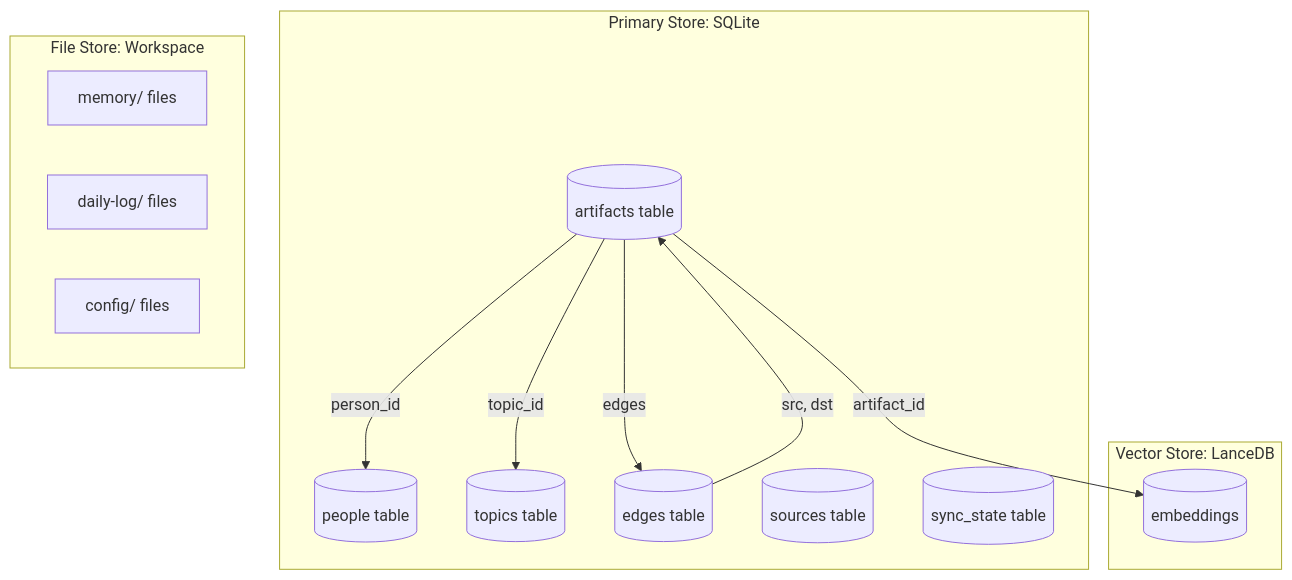
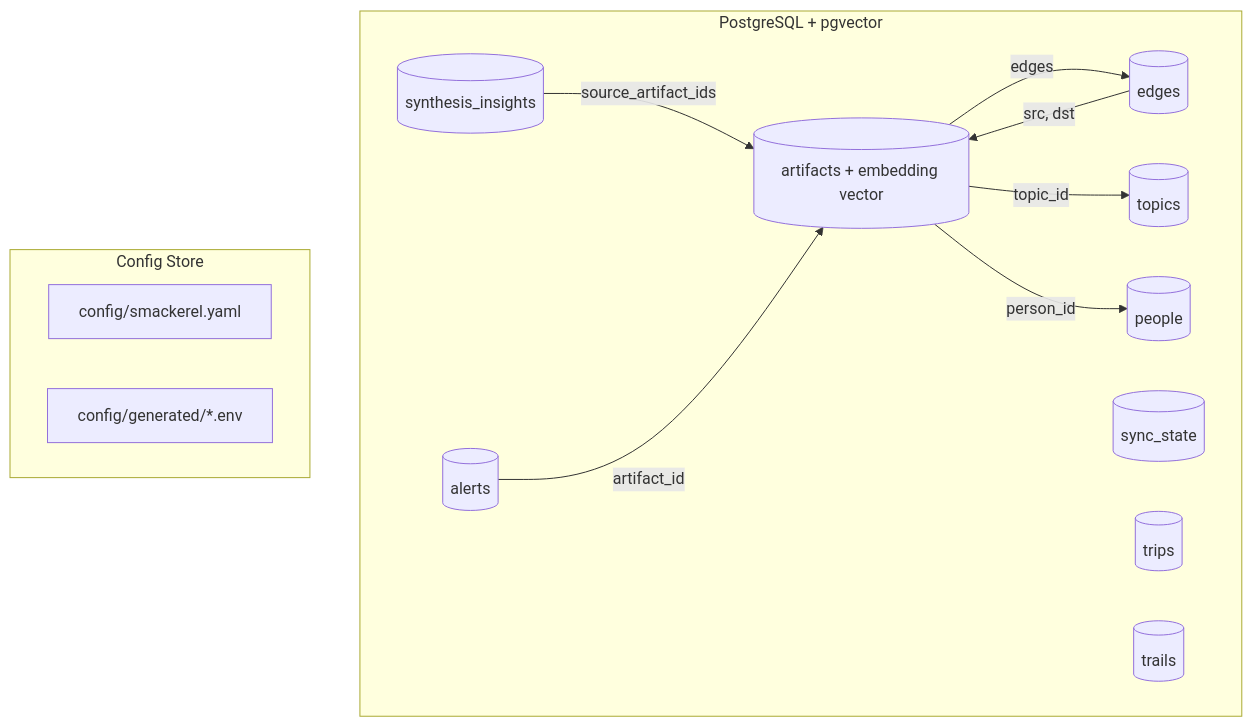
One commit to pkirsanov/smackerel changed the eighth of 14 diagrams in docs/smackerel.md. Above: the diagram before and after it, drawn with Mermaid. The commit also changed other lines of this file and 76 other files, not shown here.

````diff
--- a/docs/smackerel.md
+++ b/docs/smackerel.md
@@ -907,27 +909,26 @@
 ```mermaid
 graph TD
-    subgraph "Primary Store: SQLite"
-        ART[(artifacts table)]
-        PEOPLE[(people table)]
-        TOPICS[(topics table)]
-        EDGES[(edges table)]
-        SOURCES[(sources table)]
-        SYNC[(sync_state table)]
+    subgraph "PostgreSQL + pgvector"
+        ART[(artifacts + embedding vector)]
+        PEOPLE[(people)]
+        TOPICS[(topics)]
+        EDGES[(edges)]
+        SYNC[(sync_state)]
+        INSIGHTS[(synthesis_insights)]
+        ALERTS[(alerts)]
+        TRIPS[(trips)]
+        TRAILS[(trails)]
     end
 
-    subgraph "Vector Store: LanceDB"
-        EMB[(embeddings)]
+    subgraph "Config Store"
+        CONF[config/smackerel.yaml]
+        GEN[config/generated/*.env]
     end
 
-    subgraph "File Store: Workspace"
-        MEM[memory/ files]
-        LOGS[daily-log/ files]
-        CONF[config/ files]
-    end
-
-    ART -->|artifact_id| EMB
     ART -->|edges| EDGES
     ART -->|topic_id| TOPICS
     ART -->|person_id| PEOPLE
     EDGES -->|src, dst| ART
+    INSIGHTS -->|source_artifact_ids| ART
+    ALERTS -->|artifact_id| ART
 ```
````
